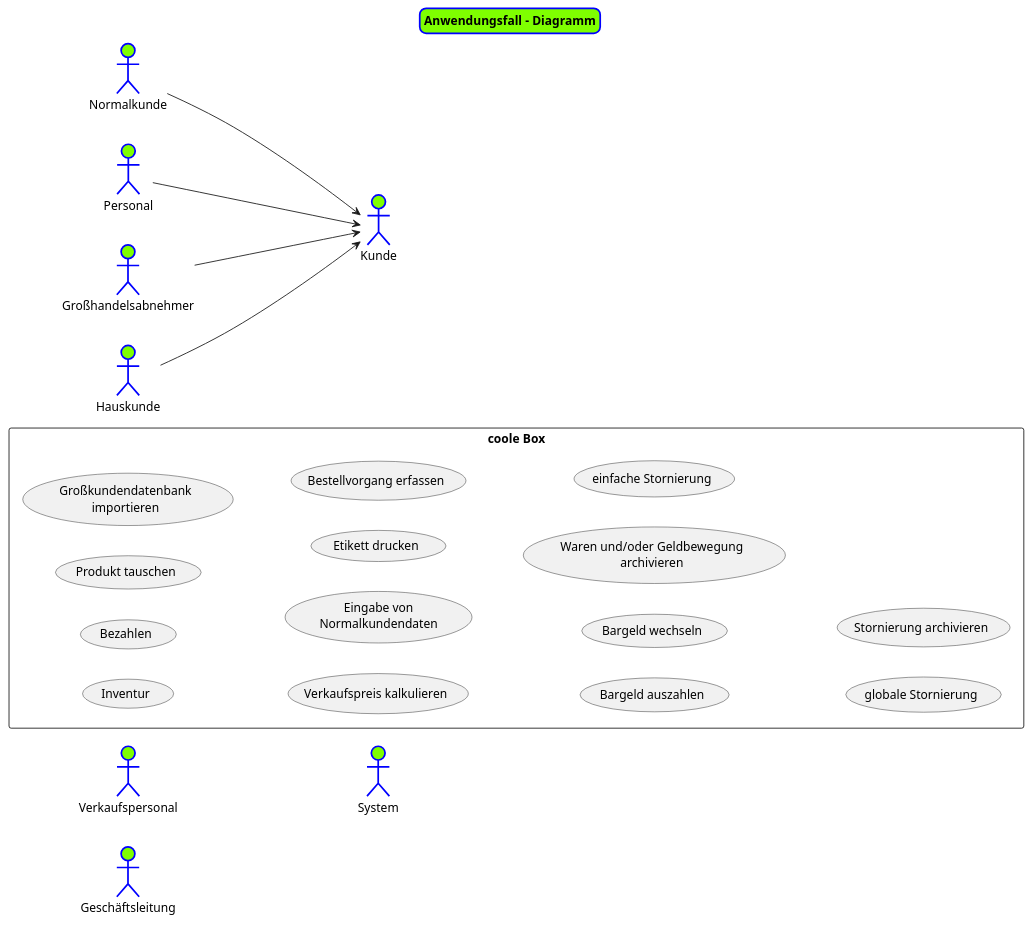
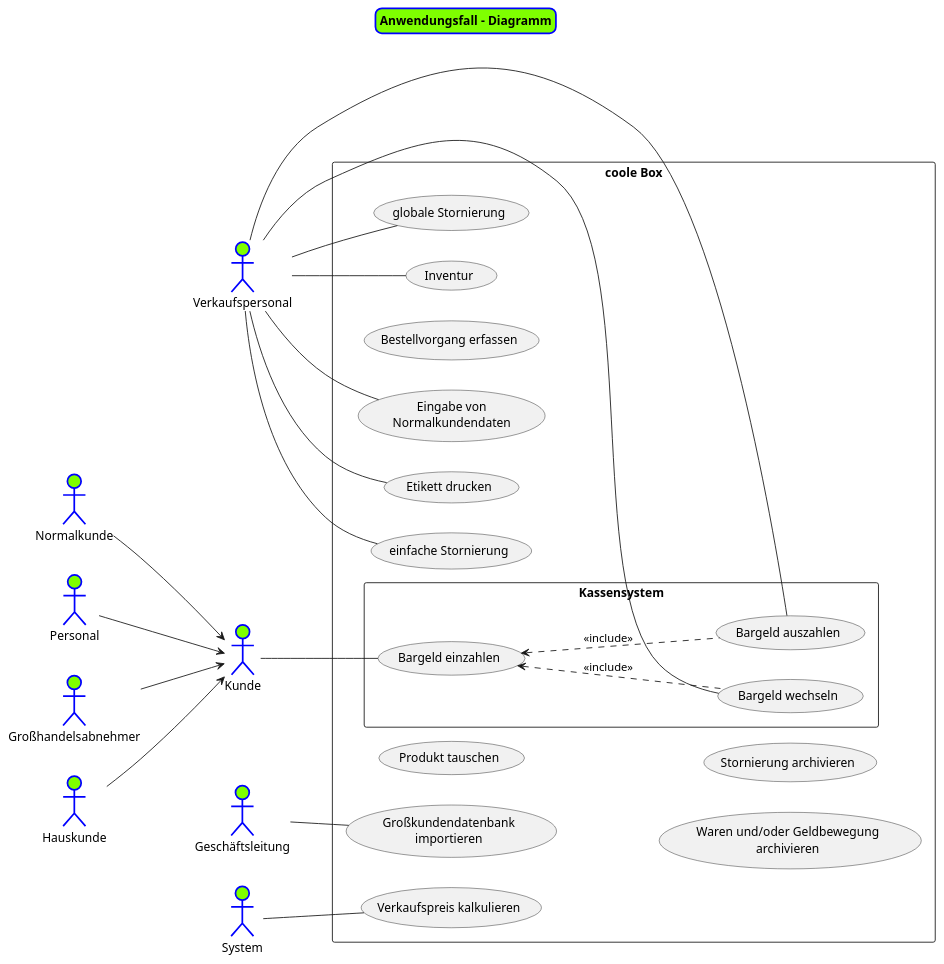
The diagram in src/main/asciidoc/models/analysis/UseCase.puml (LimitlessGreen/swt18w43), drawn with PlantUML before and after one commit. The commit also changed 1 other file, not shown here.

```diff
--- a/src/main/asciidoc/models/analysis/UseCase.puml
+++ b/src/main/asciidoc/models/analysis/UseCase.puml
@@ -1,53 +1,86 @@
 @startuml
 skinparam titleBorderRoundCorner 15
 skinparam titleBorderThickness 2
 skinparam titleBorderColor blue
 skinparam titleBackgroundColor Chartreuse
 
 title Anwendungsfall - Diagramm
 
 
 ' === Kunden === '
 :Kunde: as ku
 :Normalkunde: as nku
 :Personal: as pku
 :Großhandelsabnehmer: as gha
 :Hauskunde: as hku
 
 left to right direction
 nku --> ku
 pku --> ku
 gha --> ku
 hku --> ku
 
 
 ' === Personal === '
 :Verkaufspersonal: as vp
 :Geschäftsleitung: as gl
 
 ' === Sonstiges === '
-:System:
+:System: as sys
 
 ' === Y === '
 rectangle "coole Box"{
-    (Inventur)
-    (Bezahlen)
+    (Inventur) as inv
     '(Pfand auszahlen)
     (Produkt tauschen)
-    (Großkundendatenbank\nimportieren)
-    (Verkaufspreis kalkulieren)
-    (Eingabe von\nNormalkundendaten)
-    (Etikett drucken)
+    (Großkundendatenbank\nimportieren) as grokudb_imp
+    (Verkaufspreis kalkulieren) as vp_calc
+    (Eingabe von\nNormalkundendaten) as eg_nkd
+    (Etikett drucken) as et_dr
     (Bestellvorgang erfassen)
-    (Bargeld auszahlen)
-    (Bargeld wechseln)
     (Waren und/oder Geldbewegung\narchivieren)
-    (einfache Stornierung)
-    (globale Stornierung)
+    (einfache Stornierung) as l_st
+    (globale Stornierung) as g_st
     (Stornierung archivieren)
+
+    rectangle "Kassensystem"{
+            (Bargeld einzahlen) as bg_ez
+            (Bargeld auszahlen) as bg_az
+            (Bargeld wechseln) as bg_we
+
+
+            ku -- bg_ez
+
+            vp -- bg_we
+            vp -- bg_az
+
+            bg_ez <.. bg_we: <<include>>
+            bg_ez <.. bg_az: <<include>>
+        }
+
+
+    '
+
+
+
+    '
+    vp -- inv
+    vp -- et_dr
+    vp -- eg_nkd
+    vp -- l_st
+    vp -- g_st
+
+
+    '
+    gl -- grokudb_imp
+
+    '
+    sys -- vp_calc
+
+
 
 
 
 }
 
 @enduml
```
